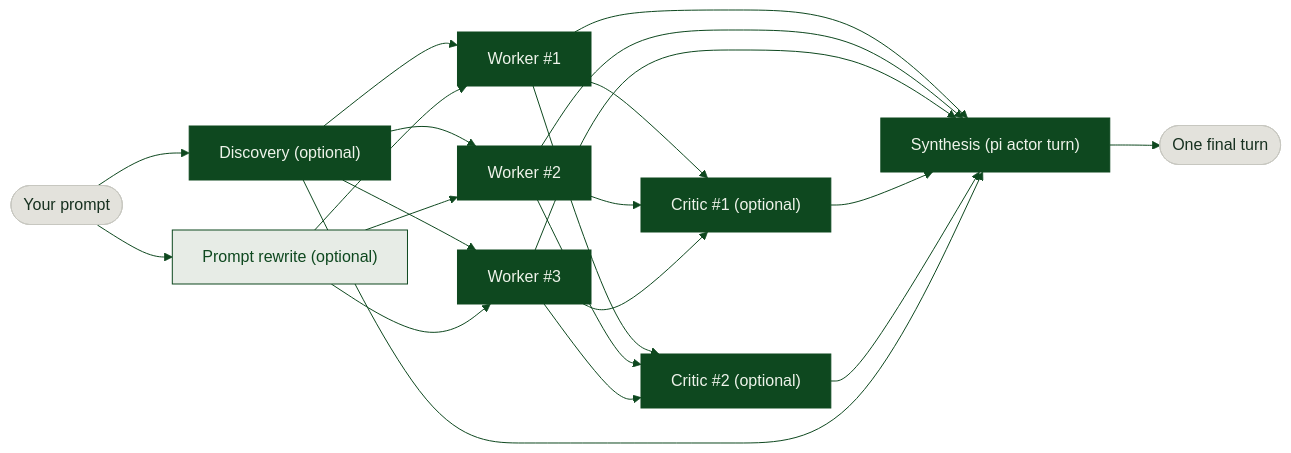
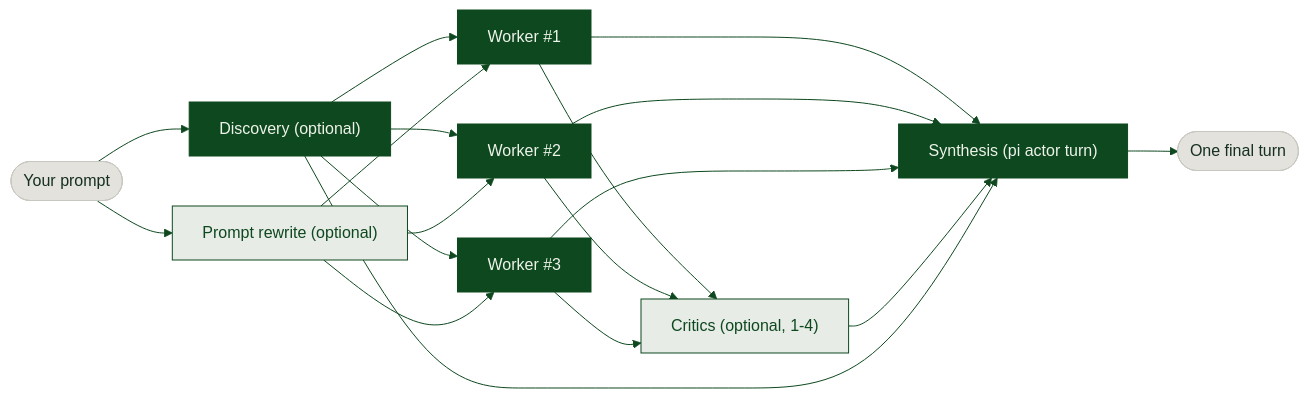
Before and after one commit to plutospp/pi-fusion: the diagram in README.md, drawn with Mermaid. The commit also changed other lines of this file and 2 other files, not shown here.

Commit message:
docs: document critic focuses and behavior

````diff
--- a/README.md
+++ b/README.md
@@ -57,31 +57,27 @@
 ```mermaid
 %%{init: {"theme":"base","themeVariables":{"fontFamily":"Inter, system-ui, sans-serif","lineColor":"#0E481F","primaryColor":"#0E481F","primaryTextColor":"#EEF3EA","primaryBorderColor":"#0E481F"}}}%%
 flowchart LR
   U([Your prompt]) --> D["Discovery (optional)"]
   U --> R["Prompt rewrite (optional)"]
   D --> W1[Worker #1]
   D --> W2[Worker #2]
   D --> W3[Worker #3]
   R --> W1
   R --> W2
   R --> W3
-  W1 --> C1["Critic #1 (optional)"]
-  W2 --> C1
-  W3 --> C1
-  W1 --> C2["Critic #2 (optional)"]
-  W2 --> C2
-  W3 --> C2
+  W1 --> C["Critics (optional, 1-4)"]
+  W2 --> C
+  W3 --> C
   W1 --> A["Synthesis (pi actor turn)"]
   W2 --> A
   W3 --> A
-  C1 --> A
-  C2 --> A
+  C --> A
   D --> A
   A --> O([One final turn])
   classDef solid fill:#0E481F,stroke:#0E481F,color:#EEF3EA;
   classDef outline fill:#E7ECE6,stroke:#0E481F,color:#0E481F;
   classDef pill fill:#E3E2DC,stroke:#C7C7C0,color:#16301F;
   class U,O pill;
-  class D,W1,W2,W3,C1,C2,A solid;
-  class R outline;
+  class D,W1,W2,W3,A solid;
+  class R,C outline;
 ```
````
